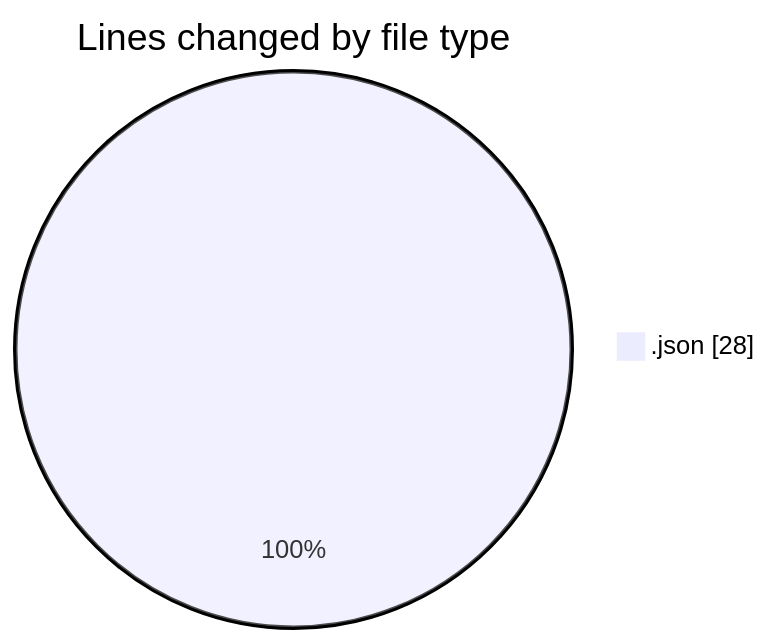
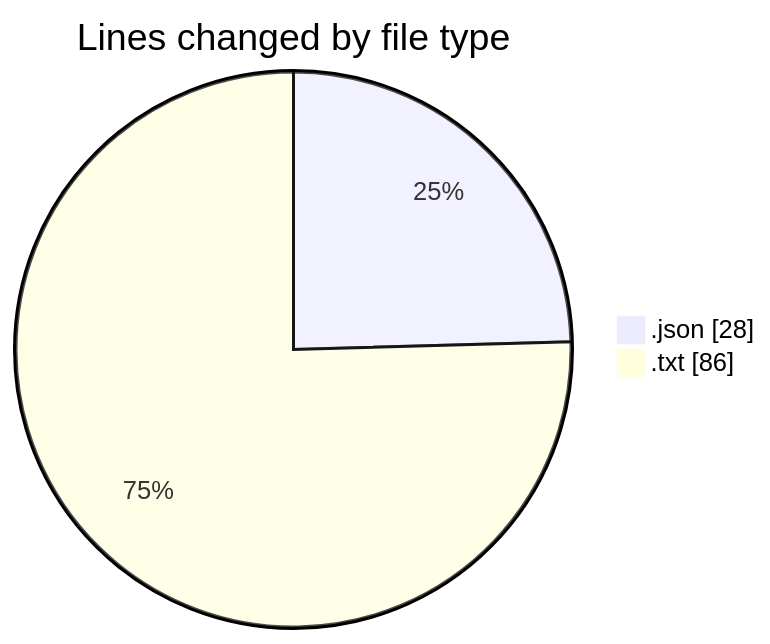
The first of 2 diagrams in 2025-07-27/refunds/README.md (EIIisD/code-tracking), drawn with Mermaid before and after one commit. The commit also changed other lines of this file and 1 other file, not shown here.

````diff
--- a/2025-07-27/refunds/README.md
+++ b/2025-07-27/refunds/README.md
@@ -21,5 +22,6 @@
 ```mermaid
 pie showData
 title Lines changed by file type
 ".json" : 28
+".txt" : 86
 ```
````
